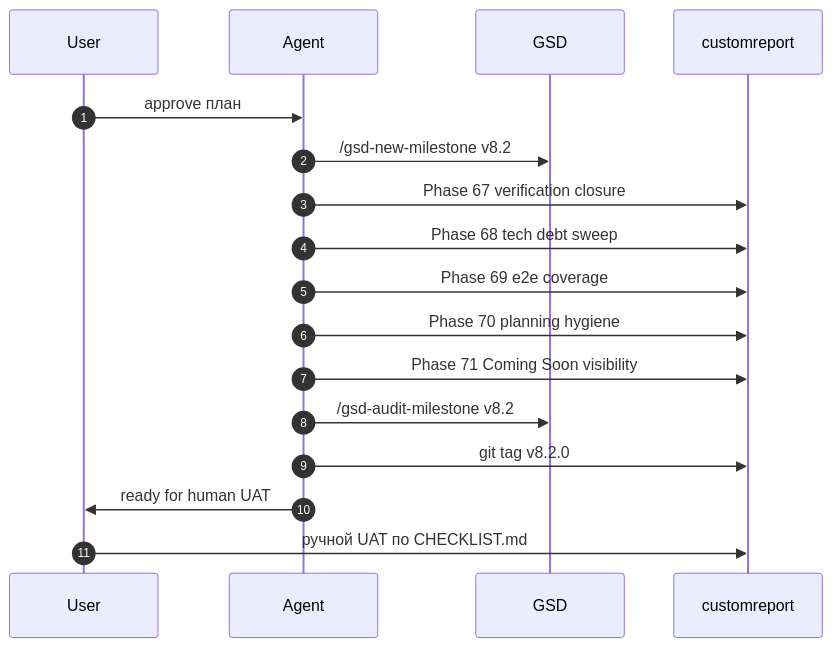
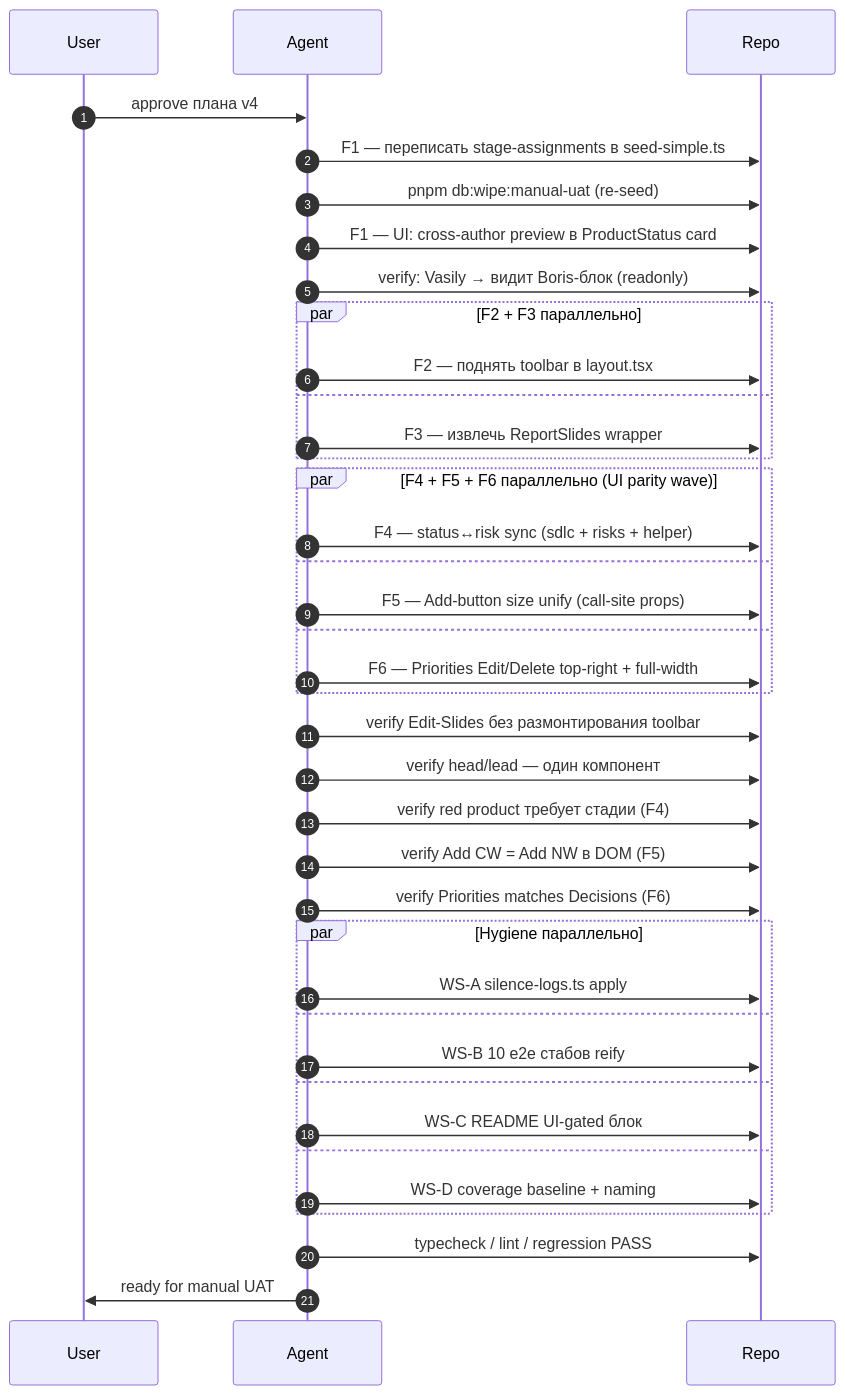
The fifth of 10 diagrams in .planning/plans/page-feedback-lead-report-a0000000-0000-pure-mist.md (apolenkov/weeklyreport), drawn with Mermaid before and after one commit. The commit also changed other lines of this file and 1 other file, not shown here.

First line of the commit message:
chore(planning): v8.3 pre-UAT closure — STATE.md updated, plan archived

````diff
--- a/.planning/plans/page-feedback-lead-report-a0000000-0000-pure-mist.md
+++ b/.planning/plans/page-feedback-lead-report-a0000000-0000-pure-mist.md
@@ -100,20 +157,41 @@
 ```mermaid
 sequenceDiagram
     autonumber
     participant U as User
     participant Agent
-    participant GSD
-    participant Repo as customreport
+    participant Repo
 
-    U->>Agent: approve план
-    Agent->>GSD: /gsd-new-milestone v8.2
-    Agent->>Repo: Phase 67 verification closure
-    Agent->>Repo: Phase 68 tech debt sweep
-    Agent->>Repo: Phase 69 e2e coverage
-    Agent->>Repo: Phase 70 planning hygiene
-    Agent->>Repo: Phase 71 Coming Soon visibility
-    Agent->>GSD: /gsd-audit-milestone v8.2
-    Agent->>Repo: git tag v8.2.0
-    Agent->>U: ready for human UAT
-    U->>Repo: ручной UAT по CHECKLIST.md
+    U->>Agent: approve плана v4
+    Agent->>Repo: F1 — переписать stage-assignments в seed-simple.ts
+    Agent->>Repo: pnpm db:wipe:manual-uat (re-seed)
+    Agent->>Repo: F1 — UI: cross-author preview в ProductStatus card
+    Agent->>Repo: verify: Vasily → видит Boris-блок (readonly)
+    par F2 + F3 параллельно
+        Agent->>Repo: F2 — поднять toolbar в layout.tsx
+    and
+        Agent->>Repo: F3 — извлечь ReportSlides wrapper
+    end
+    par F4 + F5 + F6 параллельно (UI parity wave)
+        Agent->>Repo: F4 — status↔risk sync (sdlc + risks + helper)
+    and
+        Agent->>Repo: F5 — Add-button size unify (call-site props)
+    and
+        Agent->>Repo: F6 — Priorities Edit/Delete top-right + full-width
+    end
+    Agent->>Repo: verify Edit-Slides без размонтирования toolbar
+    Agent->>Repo: verify head/lead — один компонент
+    Agent->>Repo: verify red product требует стадии (F4)
+    Agent->>Repo: verify Add CW = Add NW в DOM (F5)
+    Agent->>Repo: verify Priorities matches Decisions (F6)
+    par Hygiene параллельно
+        Agent->>Repo: WS-A silence-logs.ts apply
+    and
+        Agent->>Repo: WS-B 10 e2e стабов reify
+    and
+        Agent->>Repo: WS-C README UI-gated блок
+    and
+        Agent->>Repo: WS-D coverage baseline + naming
+    end
+    Agent->>Repo: typecheck / lint / regression PASS
+    Agent->>U: ready for manual UAT
 ```
````
